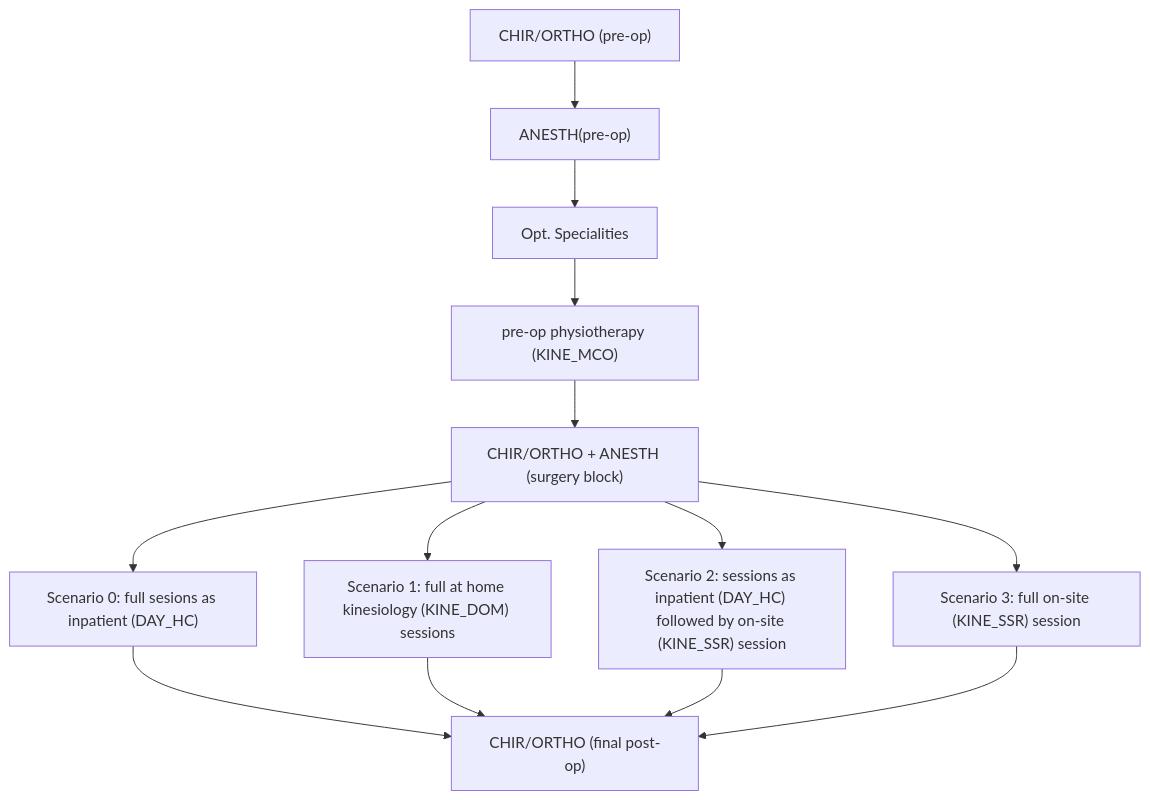
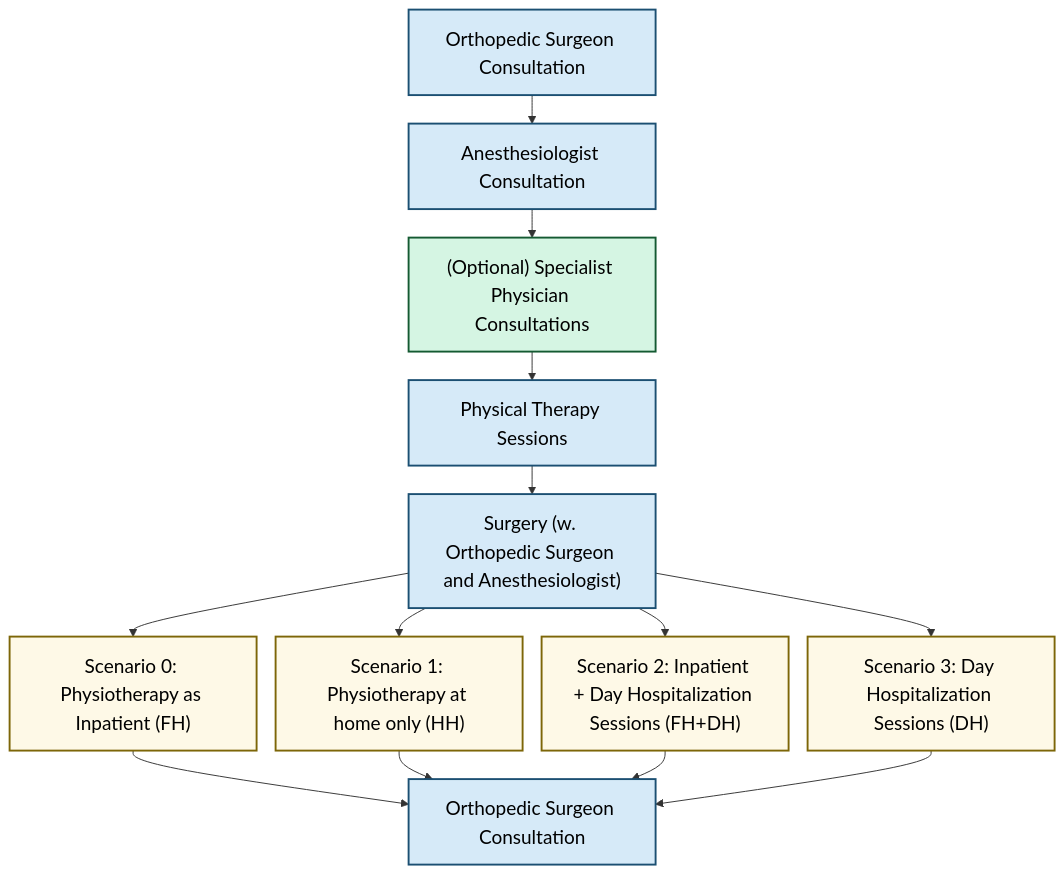
The diagram in docs/instance_pthptg.qmd (omar-rifai/safepaw), drawn with Mermaid before and after one commit. The commit also changed 1 other file, not shown here.

Commit message:
Update pth ptg documentation graph

````diff
--- a/docs/instance_pthptg.qmd
+++ b/docs/instance_pthptg.qmd
@@ -85,15 +85,28 @@
 ```{mermaid}
+%%{init: {
+  'themeVariables': { 'fontSize': '20px' },
+  'flowchart': { 'nodeSpacing': 20, 'rankSpacing': 30 }
+}}%%
 graph TD
-  A["CHIR/ORTHO (pre-op)"] --> B["ANESTH(pre-op)"]
-  B --> C["Opt. Specialities"]
-  C --> D["pre-op physiotherapy (KINE_MCO)"]
-  D --> E["CHIR/ORTHO + ANESTH (surgery block)"]
-  E --> F1["Scenario 0: full sesions as inpatient (DAY_HC)"]
-  E --> F2["Scenario 1: full at home kinesiology (KINE_DOM) sessions"]
-  E --> F3["Scenario 2: sessions as inpatient (DAY_HC) followed by on-site (KINE_SSR) session"]
-  E --> F4["Scenario 3: full on-site (KINE_SSR) session"]
-  F1 --> G["CHIR/ORTHO (final post-op)"]
+  A["Orthopedic Surgeon Consultation"] --> B["Anesthesiologist Consultation"]
+  B --> C["(Optional) Specialist Physician Consultations"]
+  C --> D["Physical Therapy Sessions"]
+  D --> E["Surgery (w. Orthopedic Surgeon and Anesthesiologist)"]
+  E --> F1["Scenario 0: Physiotherapy as Inpatient (FH)"]
+  E --> F2["Scenario 1: Physiotherapy at home only (HH)"]
+  E --> F3["Scenario 2: Inpatient + Day Hospitalization Sessions (FH+DH)"]
+  E --> F4["Scenario 3: Day Hospitalization Sessions (DH)"]
+  F1 --> G["Orthopedic Surgeon Consultation"]
   F2 --> G
   F3 --> G
   F4 --> G
+  
+ %% Styling
+  classDef default fill:#d6eaf8,stroke:#1b4f72,stroke-width:2px,color:#000;
+  classDef optional fill:#d5f5e3,stroke:#145a32,stroke-width:2px,color:#000;
+  classDef scenario fill:#fef9e7,stroke:#7d6608,stroke-width:2px,color:#000;
+
+  class A,B,D,E,G default;
+  class C optional;
+  class F1,F2,F3,F4 scenario;
 ```
````
